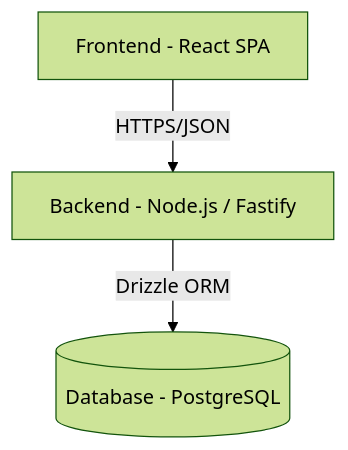
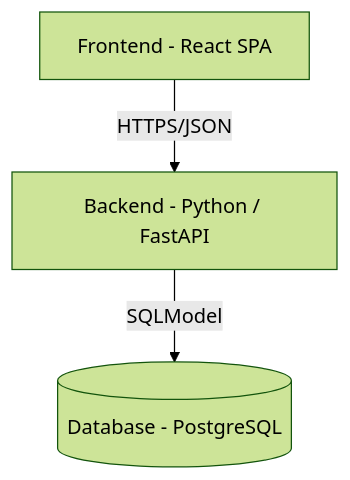
Before and after one commit to ljezek/tul-psi: the diagram in README.md, drawn with Mermaid (forest theme). The commit also changed other lines of this file and 2 other files, not shown here.

First line of the commit message:
Update docs to reflect Python/FastAPI backend and revised requirements (#20)

````diff
--- a/README.md
+++ b/README.md
@@ -20,9 +21,9 @@
 ```mermaid
 flowchart TD
   UI[Frontend - React SPA]
-  API[Backend - Node.js / Fastify]
+  API[Backend - Python / FastAPI]
   DB[(Database - PostgreSQL)]
 
   UI -- HTTPS/JSON --> API
-  API -- Drizzle ORM --> DB
+  API -- SQLModel --> DB
 ```
````
